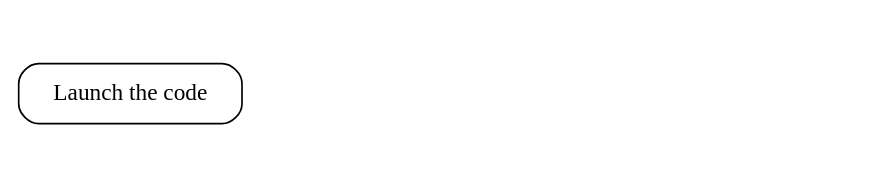
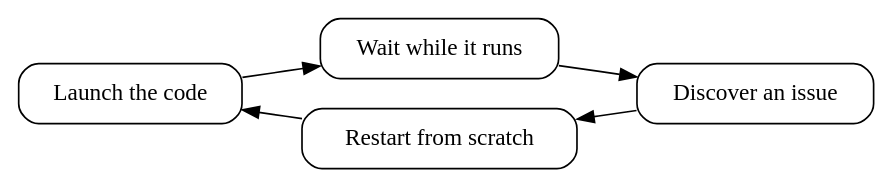
Before and after one commit to JT-39/targets-coffee-code: diagram 11 of 12 in intro-targets.qmd, drawn with Graphviz. The commit also changed other lines of this file and 2 other files, not shown here.

Commit message:
Removed extra slide and added slide after code cycle

````diff
--- a/intro-targets.qmd
+++ b/intro-targets.qmd
@@ -291,21 +293,20 @@
 ```{dot}
-//| label: launch-3
+//| label: full-end
 //| eval: true
 //| echo: false
 
 digraph G {
     rankdir=LR;
-    node [shape = box style=rounded color=transparent]
-    edge [color=transparent]
     {
-        A[label="Launch the code" color=black]
-        B[label="Wait while it runs" fontcolor=transparent]
-        C[label="Discover an issue" fontcolor=transparent]
-        D[label="Restart from scratch" fontcolor=transparent]
+    node [shape = box style=rounded]
+        A[label="Launch the code"]
+        B[label="Wait while it runs"]
+        C[label="Discover an issue"]
+        D[label="Restart from scratch"]
     }
-    A -> B [color=transparent]
-    A -> D [dir=back color=transparent]
-    B -> C [color=transparent]
-    D -> C [dir=back color=transparent]
+    A -> B
+    A -> D [dir=back]
+    B -> C
+    D -> C [dir=back]
 }
 ```
````
